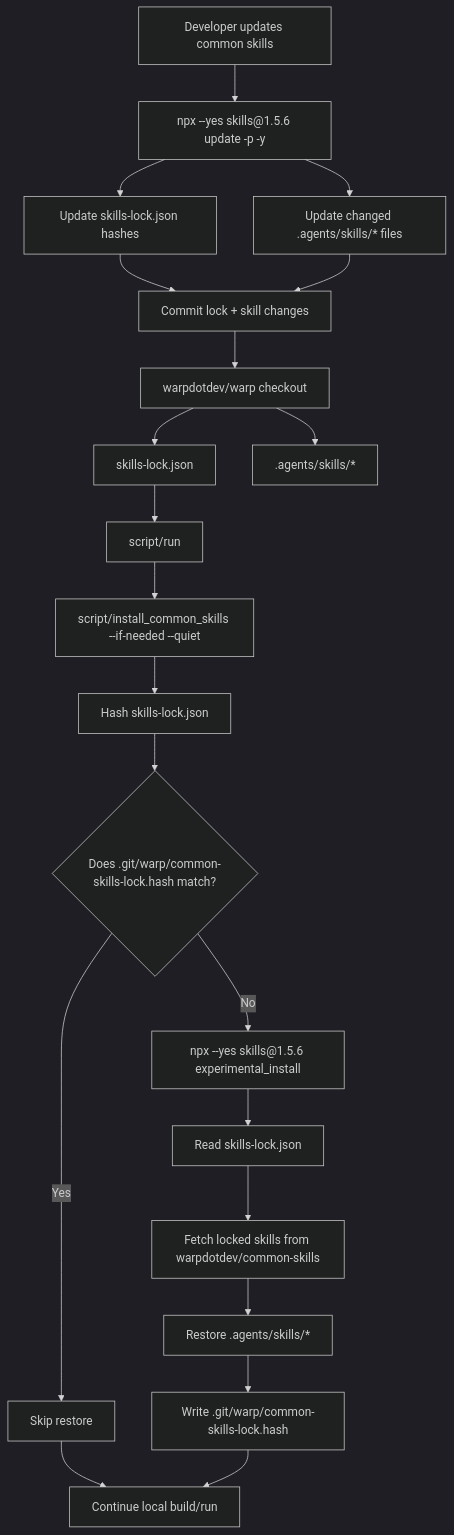
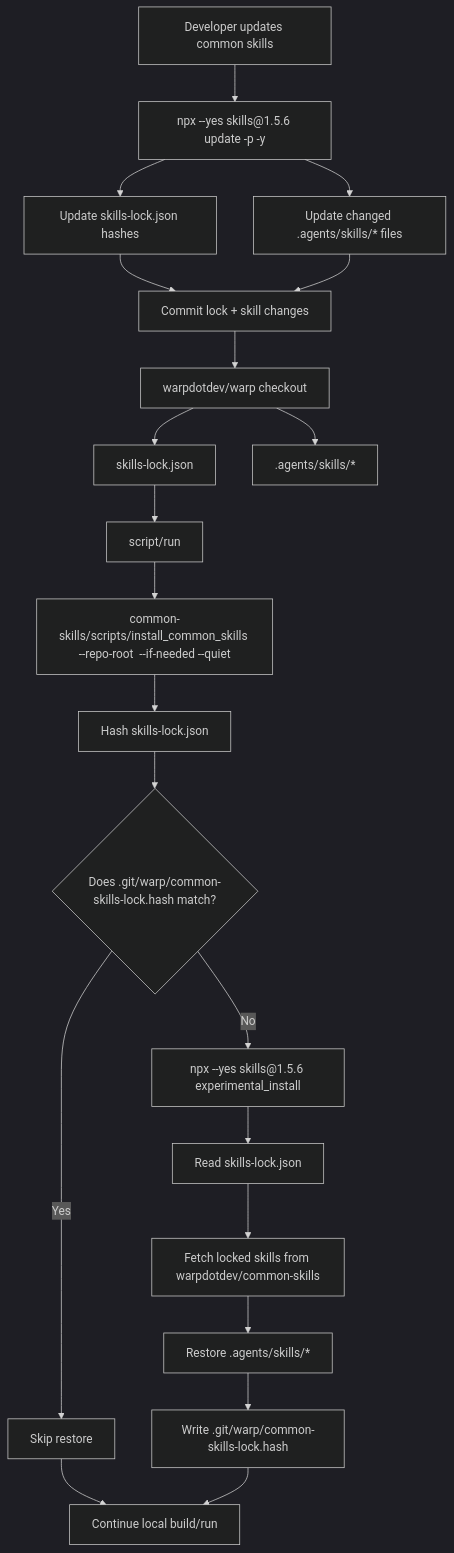
One commit to warpdotdev/Warp changed the first of 2 diagrams in specs/common-skills-installation/TECH.md. Above: the diagram before and after it, drawn with Mermaid (dark theme). The commit also changed other lines of this file and 7 other files, not shown here.

Commit message:
Use common-skills management scripts from common-skills repo

````diff
--- a/specs/common-skills-installation/TECH.md
+++ b/specs/common-skills-installation/TECH.md
@@ -12,27 +12,27 @@
 ```mermaid
 flowchart TD
   A["warpdotdev/warp checkout"] --> B["skills-lock.json"]
   A --> C[".agents/skills/*"]
 
   B --> D["script/run"]
-  D --> E["script/install_common_skills --if-needed --quiet"]
+  D --> E["common-skills/scripts/install_common_skills --repo-root <warp-checkout> --if-needed --quiet"]
   E --> F["Hash skills-lock.json"]
   F --> G{"Does .git/warp/common-skills-lock.hash match?"}
 
   G -->|Yes| H["Skip restore"]
   H --> I["Continue local build/run"]
 
   G -->|No| J["npx --yes skills@1.5.6 experimental_install"]
   J --> K["Read skills-lock.json"]
   K --> L["Fetch locked skills from warpdotdev/common-skills"]
   L --> M["Restore .agents/skills/*"]
   M --> N["Write .git/warp/common-skills-lock.hash"]
   N --> I
 
   O["Developer updates common skills"] --> P["npx --yes skills@1.5.6 update -p -y"]
   P --> Q["Update skills-lock.json hashes"]
   P --> R["Update changed .agents/skills/* files"]
   Q --> S["Commit lock + skill changes"]
   R --> S
   S --> A
 ```
````
